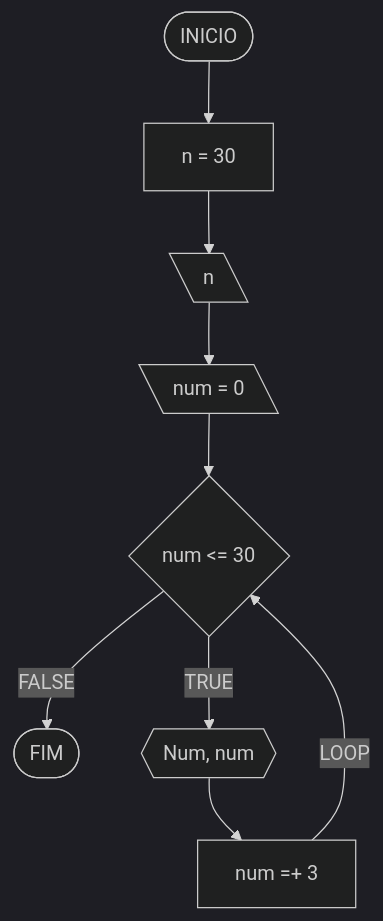
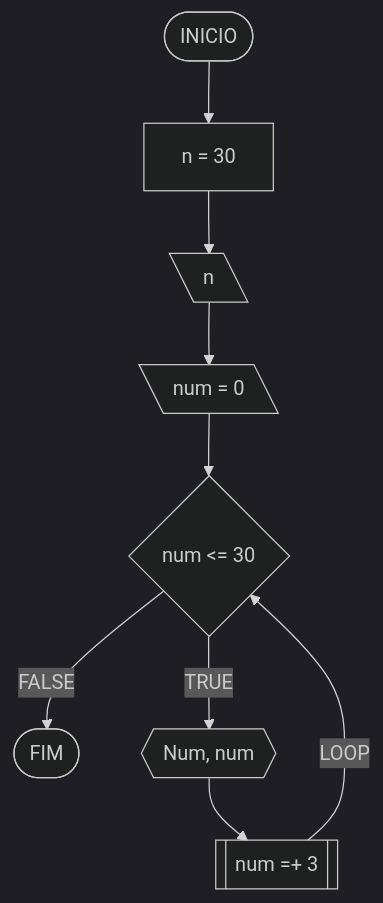
Diagram 13 of 22 in codigos.md (MozillaFirefox/UNIFOR), drawn with Mermaid (dark theme) before and after one commit. The commit also changed other lines of this file, not shown here.

````diff
--- a/codigos.md
+++ b/codigos.md
@@ -609,11 +609,11 @@
 ```mermaid
 flowchart TD
 A([INICIO]) --> B[n = 30]
 B --> C[\n\]
 C --> D[\num = 0\]
 D --> E{num <= 30}
 E --FALSE--> I([FIM])
 E --TRUE--> F{{"Num", num}}
-F --> G[num =+ 3]
+F --> G[[num =+ 3]]
 G --LOOP--> E
 ```
````
